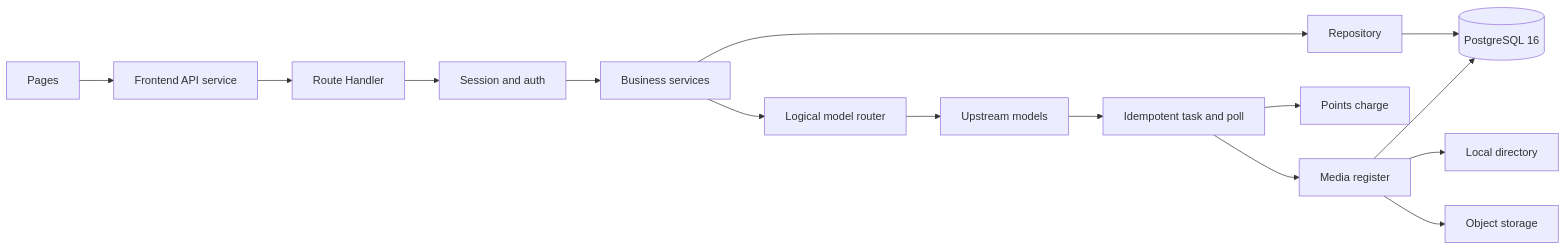
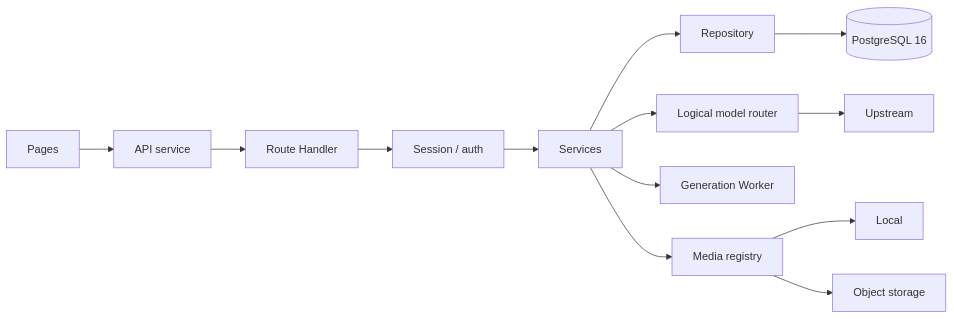
The sixth of 6 diagrams in README.en.md (jiujiu532/JoveCanvas), drawn with Mermaid before and after one commit. The commit also changed other lines of this file and 2 other files, not shown here.

````diff
--- a/README.en.md
+++ b/README.en.md
@@ -271,17 +167,15 @@
 ```mermaid
 flowchart LR
-    PAGE["Pages"] --> CLIENT["Frontend API service"]
+    PAGE["Pages"] --> CLIENT["API service"]
     CLIENT --> ROUTE["Route Handler"]
-    ROUTE --> AUTH["Session and auth"]
-    AUTH --> SERVICE["Business services"]
+    ROUTE --> AUTH["Session / auth"]
+    AUTH --> SERVICE["Services"]
     SERVICE --> REPO["Repository"]
     REPO --> PG[("PostgreSQL 16")]
     SERVICE --> ROUTER["Logical model router"]
-    ROUTER --> PROVIDER["Upstream models"]
-    PROVIDER --> TASK["Idempotent task and poll"]
-    TASK --> BILLING["Points charge"]
-    TASK --> MEDIA["Media register"]
-    MEDIA --> LOCAL["Local directory"]
+    ROUTER --> PROVIDER["Upstream"]
+    SERVICE --> WORKER["Generation Worker"]
+    SERVICE --> MEDIA["Media registry"]
+    MEDIA --> LOCAL["Local"]
     MEDIA --> S3["Object storage"]
-    MEDIA --> PG
 ```
````
